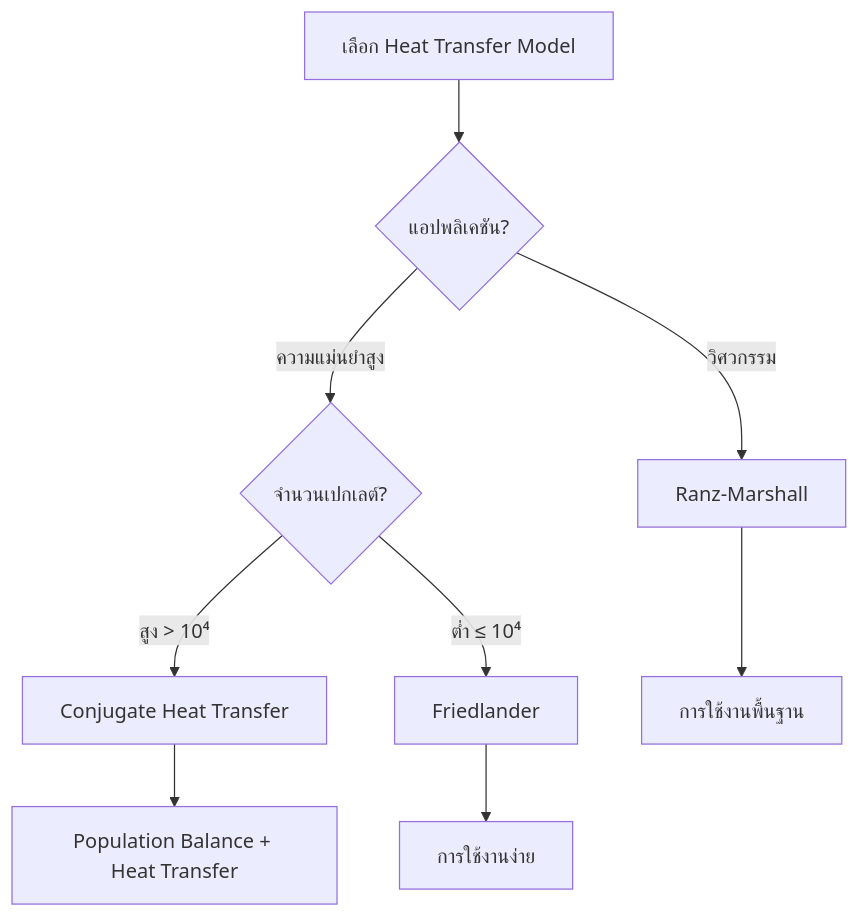
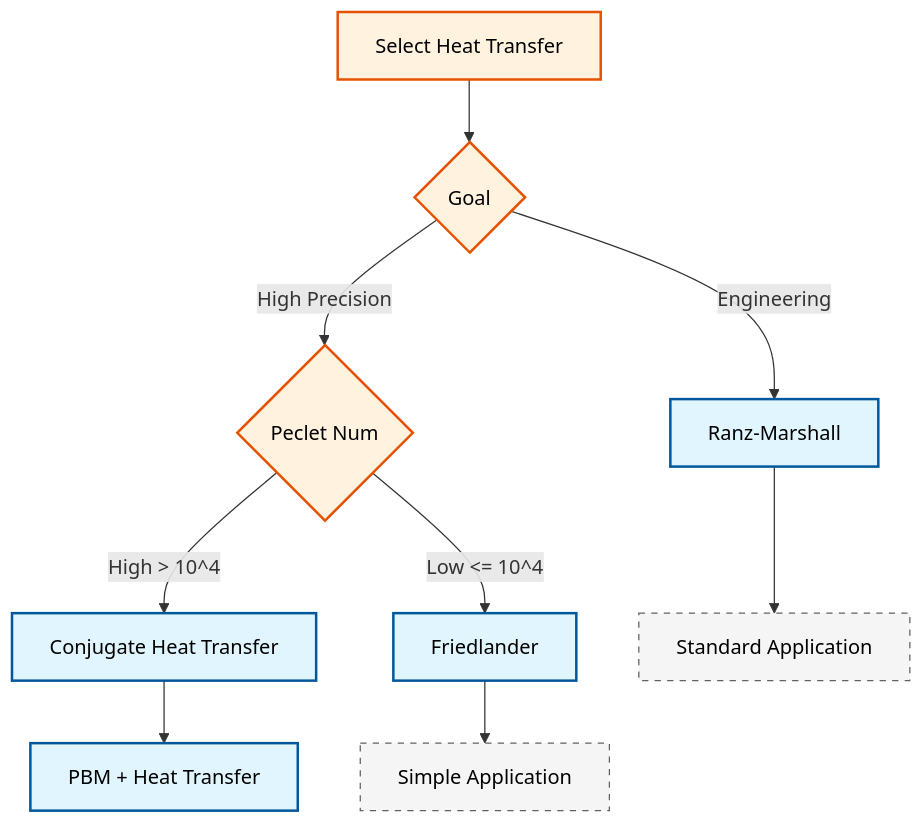
One commit to wramet/build-my-cfd changed the third of 6 diagrams in MODULE_04_MULTIPHASE_FUNDAMENTALS/CONTENT/08_MODEL_SELECTION/05_Model_Selection_Flowchart.md. Above: the diagram before and after it, drawn with Mermaid. The commit also changed other lines of this file and 313 other files, not shown here.

Commit message:
Revise all diagram

````diff
--- a/MODULE_04_MULTIPHASE_FUNDAMENTALS/CONTENT/08_MODEL_SELECTION/05_Model_Selection_Flowchart.md
+++ b/MODULE_04_MULTIPHASE_FUNDAMENTALS/CONTENT/08_MODEL_SELECTION/05_Model_Selection_Flowchart.md
@@ -628,15 +624,14 @@
 ```mermaid
 flowchart TD
-    Start[เลือก Heat Transfer Model] --> App{แอปพลิเคชัน?}
-
-    App -->|ความแม่นยำสูง| Pe{จำนวนเปกเลต์?}
-    App -->|วิศวกรรม| Eng[Ranz-Marshall]
-
-    Pe -->|สูง > 10⁴| CHT[Conjugate Heat Transfer]
-    Pe -->|ต่ำ ≤ 10⁴| Fried[Friedlander]
-
-    Eng --> Basic[การใช้งานพื้นฐาน]
-
-    CHT --> Advanced[Population Balance + Heat Transfer]
-    Fried --> Simple[การใช้งานง่าย]
+classDef implicit fill:#e1f5fe,stroke:#01579b,stroke-width:2px,color:#000
+classDef explicit fill:#fff3e0,stroke:#e65100,stroke-width:2px,color:#000
+classDef context fill:#f5f5f5,stroke:#616161,stroke-width:1px,color:#000,stroke-dasharray: 5 5
+Start[Select Heat Transfer]:::explicit --> App{Goal}:::explicit
+App -->|High Precision| Pe{Peclet Num}:::explicit
+App -->|Engineering| Eng[Ranz-Marshall]:::implicit
+Pe -->|High > 10^4| CHT[Conjugate Heat Transfer]:::implicit
+Pe -->|Low <= 10^4| Fried[Friedlander]:::implicit
+Eng --> Basic[Standard Application]:::context
+CHT --> Advanced[PBM + Heat Transfer]:::implicit
+Fried --> Simple[Simple Application]:::context
 ```
````
